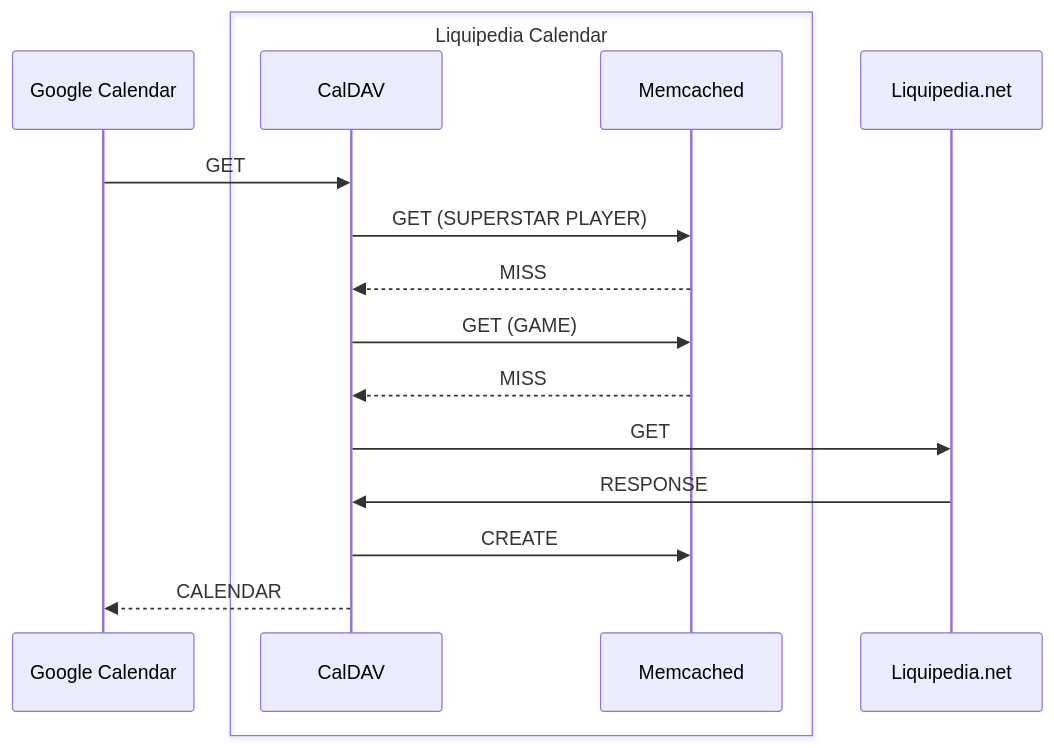
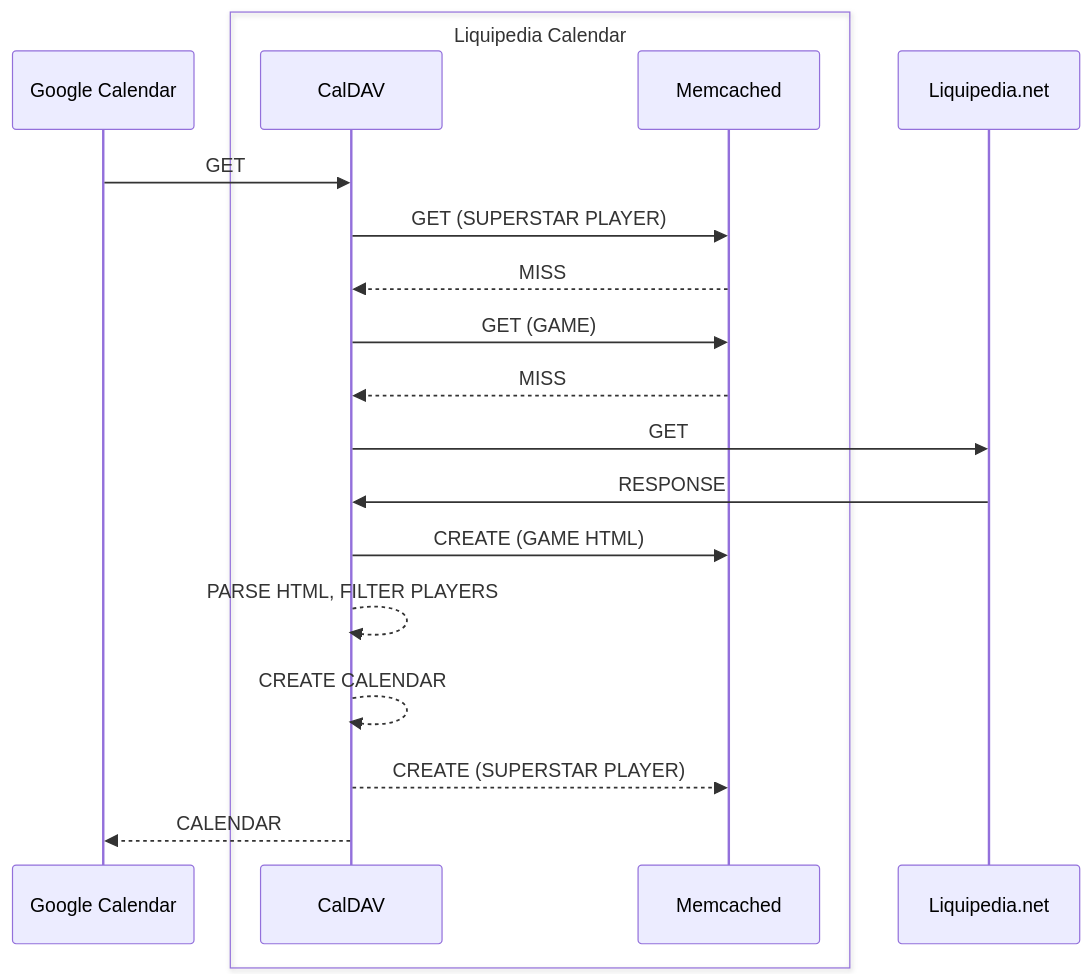
The first of 3 diagrams in DESIGN.md (Napolitain/liquipedia-calendar), drawn with Mermaid before and after one commit. The commit also changed other lines of this file, not shown here.

````diff
--- a/DESIGN.md
+++ b/DESIGN.md
@@ -13,18 +13,21 @@
 ```mermaid
 sequenceDiagram
     participant Google Calendar
     box Liquipedia Calendar
     participant CalDAV
     participant Memcached
     end
     participant Liquipedia.net
     Google Calendar->>CalDAV: GET
     CalDAV->>Memcached: GET (SUPERSTAR PLAYER)
     Memcached-->>CalDAV: MISS
     CalDAV->>Memcached: GET (GAME)
     Memcached-->>CalDAV: MISS
     CalDAV->>Liquipedia.net: GET
     Liquipedia.net->>CalDAV: RESPONSE
-    CalDAV->>Memcached: CREATE
+    CalDAV->>Memcached: CREATE (GAME HTML)
+    CalDAV-->>CalDAV: PARSE HTML, FILTER PLAYERS
+    CalDAV-->>CalDAV: CREATE CALENDAR
+    CalDAV-->>Memcached: CREATE (SUPERSTAR PLAYER)
     CalDAV-->>Google Calendar: CALENDAR
 ```
````
